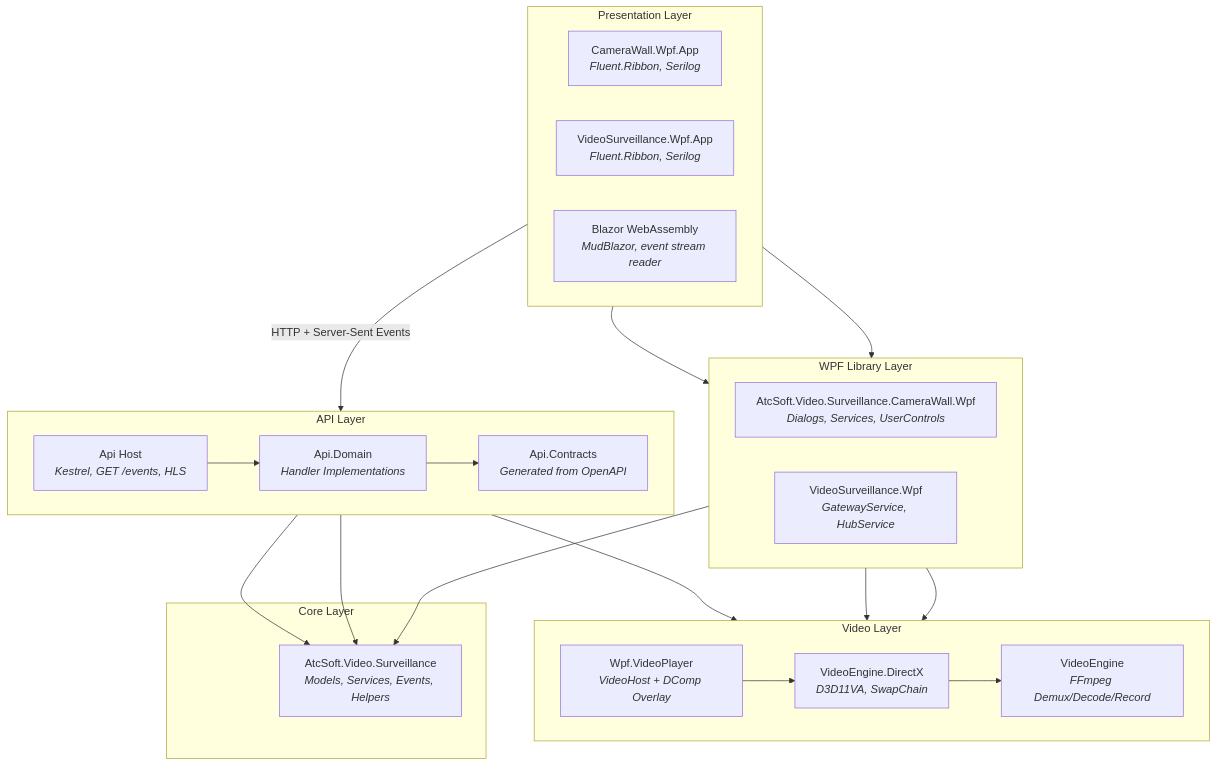
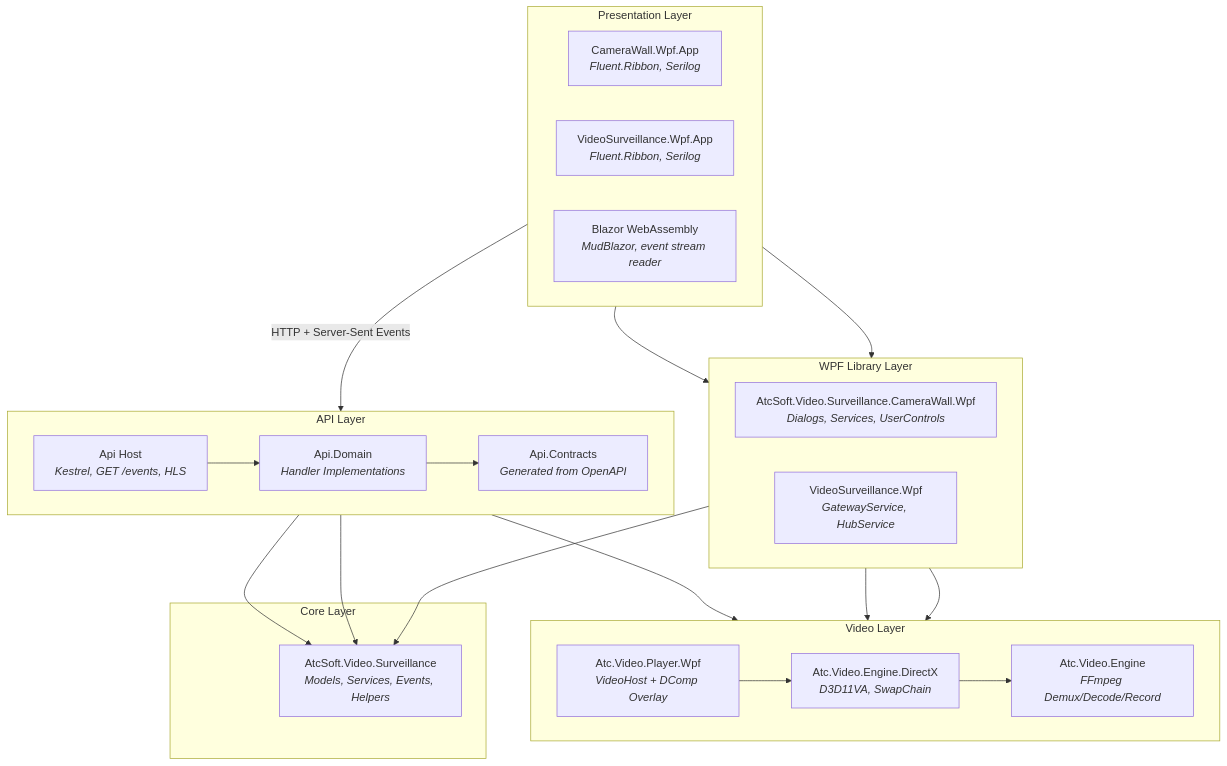
One commit to atc-net-apps/atc-soft-video-surveillance changed the third of 8 diagrams in docs/architecture.md. Above: the diagram before and after it, drawn with Mermaid. The commit also changed other lines of this file and 2 other files, not shown here.

````diff
--- a/docs/architecture.md
+++ b/docs/architecture.md
@@ -79,47 +79,47 @@
 ```mermaid
 graph TB
     subgraph Presentation["Presentation Layer"]
         direction LR
         AppShell["CameraWall.Wpf.App<br/><i>Fluent.Ribbon, Serilog</i>"]
         VSAppShell["VideoSurveillance.Wpf.App<br/><i>Fluent.Ribbon, Serilog</i>"]
         BlazorUI["Blazor WebAssembly<br/><i>MudBlazor, event stream reader</i>"]
     end
 
     subgraph Library["WPF Library Layer"]
         direction LR
         CWLib["AtcSoft.Video.Surveillance.CameraWall.Wpf<br/><i>Dialogs, Services, UserControls</i>"]
         VSLib["VideoSurveillance.Wpf<br/><i>GatewayService, HubService</i>"]
     end
 
     subgraph VideoLayer["Video Layer"]
         direction LR
-        VideoPlayer["Wpf.VideoPlayer<br/><i>VideoHost + DComp Overlay</i>"]
-        DirectX["VideoEngine.DirectX<br/><i>D3D11VA, SwapChain</i>"]
-        VideoEngine["VideoEngine<br/><i>FFmpeg Demux/Decode/Record</i>"]
+        VideoPlayer["Atc.Video.Player.Wpf<br/><i>VideoHost + DComp Overlay</i>"]
+        DirectX["Atc.Video.Engine.DirectX<br/><i>D3D11VA, SwapChain</i>"]
+        VideoEngine["Atc.Video.Engine<br/><i>FFmpeg Demux/Decode/Record</i>"]
     end
 
     subgraph APILayer["API Layer"]
         direction LR
         APIHost["Api Host<br/><i>Kestrel, GET /events, HLS</i>"]
         DomainHandlers["Api.Domain<br/><i>Handler Implementations</i>"]
         ContractsGen["Api.Contracts<br/><i>Generated from OpenAPI</i>"]
     end
 
     subgraph CoreLayer["Core Layer"]
         Core["AtcSoft.Video.Surveillance<br/><i>Models, Services, Events, Helpers</i>"]
     end
 
     AppShell --> CWLib
     VSAppShell --> VSLib
     CWLib --> VideoPlayer
     VSLib --> VideoPlayer
     CWLib --> Core
     VideoPlayer --> DirectX
     DirectX --> VideoEngine
     BlazorUI -- "HTTP + Server-Sent Events" --> APIHost
     APIHost --> DomainHandlers
     DomainHandlers --> ContractsGen
     APIHost --> Core
     APIHost --> VideoEngine
     ContractsGen --> Core
 ```
````
